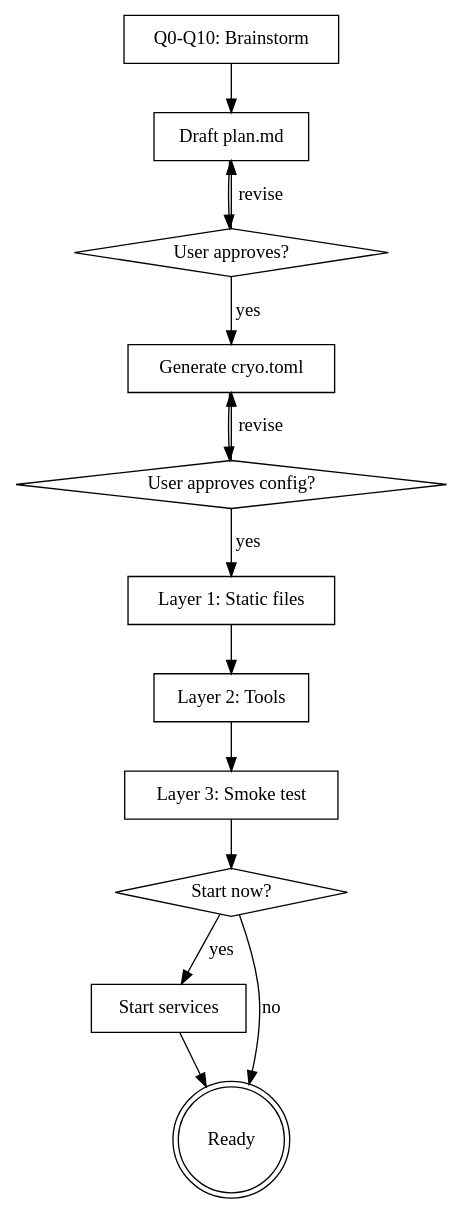
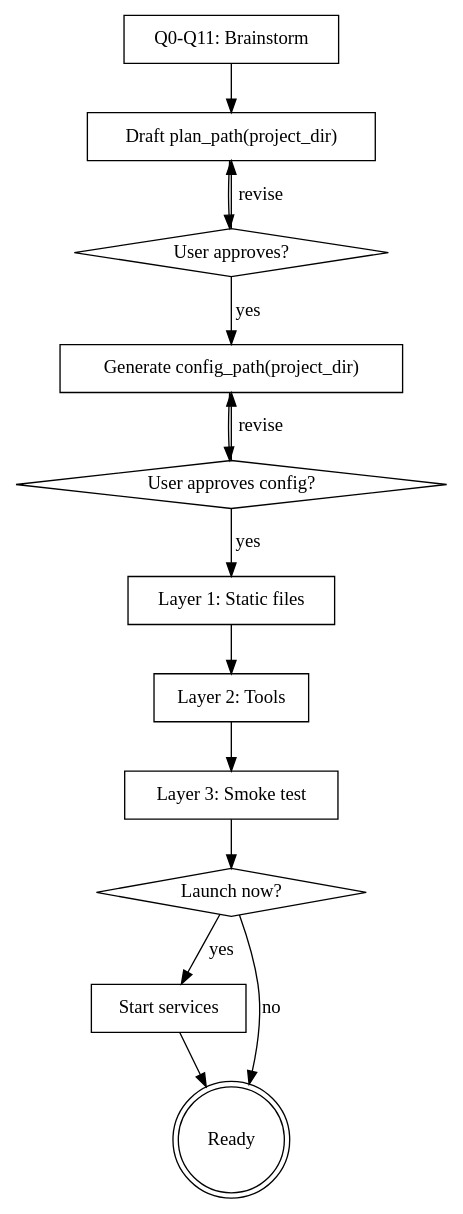
Before and after one commit to GiggleLiu/cryochamber: the diagram in .claude/skills/make-plan/SKILL.md, drawn with Graphviz. The commit also changed other lines of this file and 48 other files, not shown here.

````diff
--- a/.claude/skills/make-plan/SKILL.md
+++ b/.claude/skills/make-plan/SKILL.md
@@ -207,29 +350,29 @@
 ```dot
 digraph cryo_create {
-    "Q0-Q10: Brainstorm" [shape=box];
-    "Draft plan.md" [shape=box];
+    "Q0-Q11: Brainstorm" [shape=box];
+    "Draft plan_path(project_dir)" [shape=box];
     "User approves?" [shape=diamond];
-    "Generate cryo.toml" [shape=box];
+    "Generate config_path(project_dir)" [shape=box];
     "User approves config?" [shape=diamond];
     "Layer 1: Static files" [shape=box];
     "Layer 2: Tools" [shape=box];
     "Layer 3: Smoke test" [shape=box];
-    "Start now?" [shape=diamond];
+    "Launch now?" [shape=diamond];
     "Start services" [shape=box];
     "Ready" [shape=doublecircle];
 
-    "Q0-Q10: Brainstorm" -> "Draft plan.md";
-    "Draft plan.md" -> "User approves?";
-    "User approves?" -> "Draft plan.md" [label="revise"];
-    "User approves?" -> "Generate cryo.toml" [label="yes"];
-    "Generate cryo.toml" -> "User approves config?";
-    "User approves config?" -> "Generate cryo.toml" [label="revise"];
+    "Q0-Q11: Brainstorm" -> "Draft plan_path(project_dir)";
+    "Draft plan_path(project_dir)" -> "User approves?";
+    "User approves?" -> "Draft plan_path(project_dir)" [label="revise"];
+    "User approves?" -> "Generate config_path(project_dir)" [label="yes"];
+    "Generate config_path(project_dir)" -> "User approves config?";
+    "User approves config?" -> "Generate config_path(project_dir)" [label="revise"];
     "User approves config?" -> "Layer 1: Static files" [label="yes"];
     "Layer 1: Static files" -> "Layer 2: Tools";
     "Layer 2: Tools" -> "Layer 3: Smoke test";
-    "Layer 3: Smoke test" -> "Start now?";
-    "Start now?" -> "Start services" [label="yes"];
-    "Start now?" -> "Ready" [label="no"];
+    "Layer 3: Smoke test" -> "Launch now?";
+    "Launch now?" -> "Start services" [label="yes"];
+    "Launch now?" -> "Ready" [label="no"];
     "Start services" -> "Ready";
 }
 ```
````
